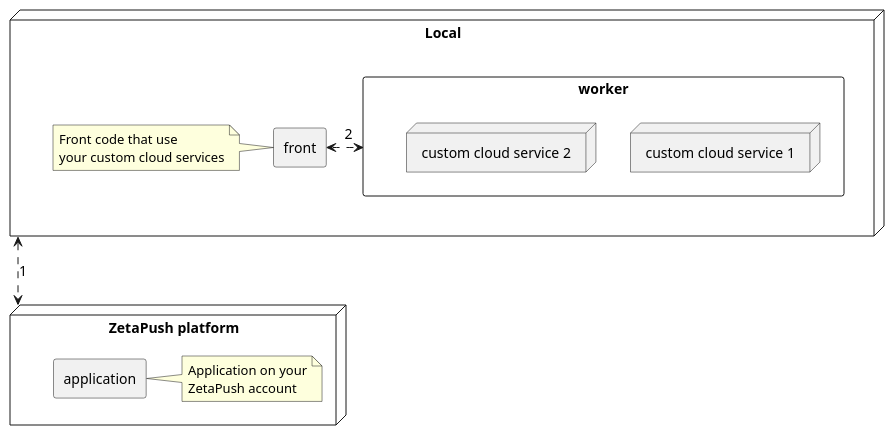
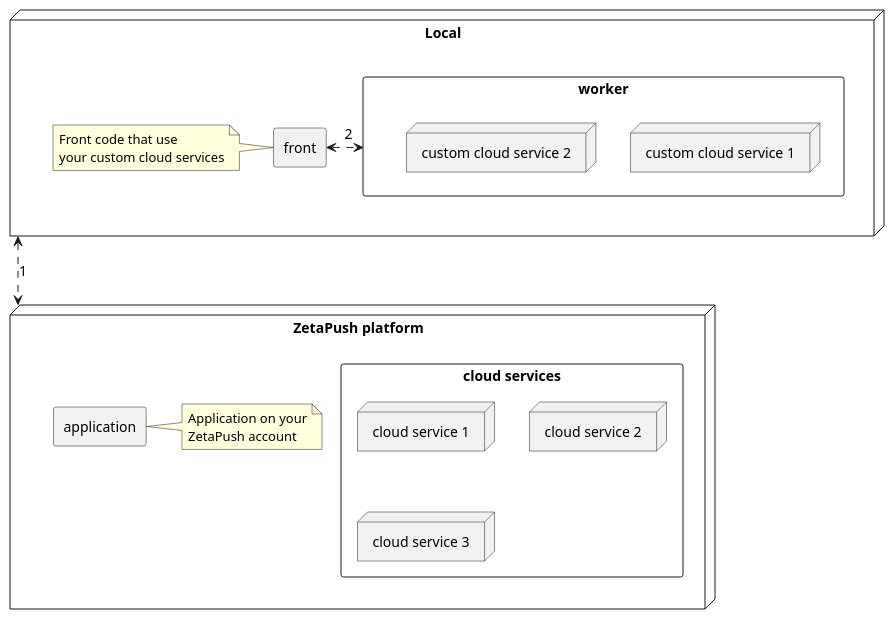
The diagram in src/docs/asciidoc/common/diagrams/architecture-custom-cloud-service-dev.adoc (zetapush/documentation), drawn with PlantUML before and after one commit. The commit also changed other lines of this file and 38 other files, not shown here.

First line of the commit message:
ZPV3-179 - Improve 'custom cloud service' part

```diff
--- a/src/docs/asciidoc/common/diagrams/architecture-custom-cloud-service-dev.adoc
+++ b/src/docs/asciidoc/common/diagrams/architecture-custom-cloud-service-dev.adoc
@@ -5,33 +5,39 @@
 [plantuml, custom-cloud-service-dev, png]     
 ....
 skinparam component {
 	ArrowFontName Impact
     ArrowFontColor Black
     ArrowFontSize 14
 }
 
 node "Local" as local {
    rectangle "worker" {
         node "custom cloud service 1"
         node "custom cloud service 2"
    }
 
    rectangle "front"
 
    note left of [front]
         Front code that use
         your custom cloud services
     end note
     worker <.> [front] : 2
 }
 
 node "ZetaPush platform" as zp {
     rectangle "application"
     note right of [application]
         Application on your
         ZetaPush account
     end note
+
+    rectangle "cloud services" {
+        node "cloud service 1"
+        node "cloud service 2"
+        node "cloud service 3"
+    }
 }
 
 local <..> zp : 1
 ....
```
